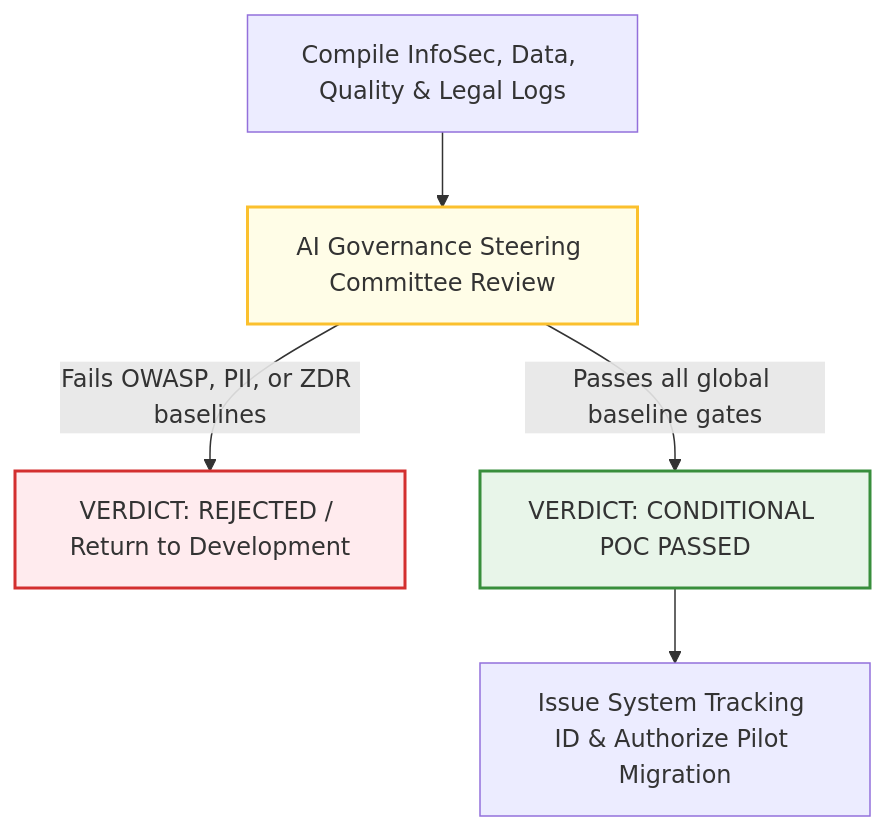
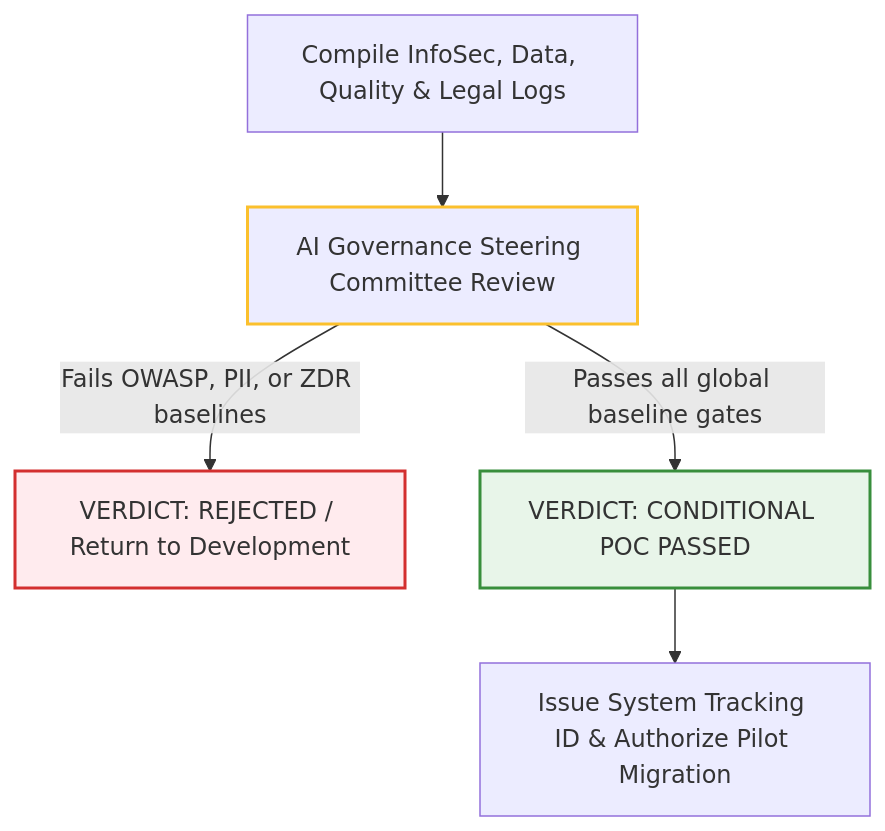
One commit to RajatSharma-AIGovernance/ai-governance-portfolio changed the diagram in 4-operational-toolkits/2-gate-1-poc/README.md. Above: the diagram before and after it, drawn with Mermaid. The commit also changed other lines of this file, not shown here.

````diff
--- a/4-operational-toolkits/2-gate-1-poc/README.md
+++ b/4-operational-toolkits/2-gate-1-poc/README.md
@@ -51,10 +57,10 @@
 ```mermaid
 graph TD
     A[Compile InfoSec, Data, Quality & Legal Logs] --> B[AI Governance Steering Committee Review]
     B -->|Fails OWASP, PII, or ZDR baselines| C[VERDICT: REJECTED / Return to Development]
     B -->|Passes all global baseline gates| D[VERDICT: CONDITIONAL POC PASSED]
     D --> E[Issue System Tracking ID & Authorize Pilot Migration]
-    style B fill:#fffde7,stroke:#fbc02d,stroke-width:2px
+    style B fill:#fffRef,stroke:#fbc02d,stroke-width:2px
     style C fill:#ffebee,stroke:#d32f2f,stroke-width:2px
     style D fill:#e8f5e9,stroke:#388e3c,stroke-width:2px
 ```
````
